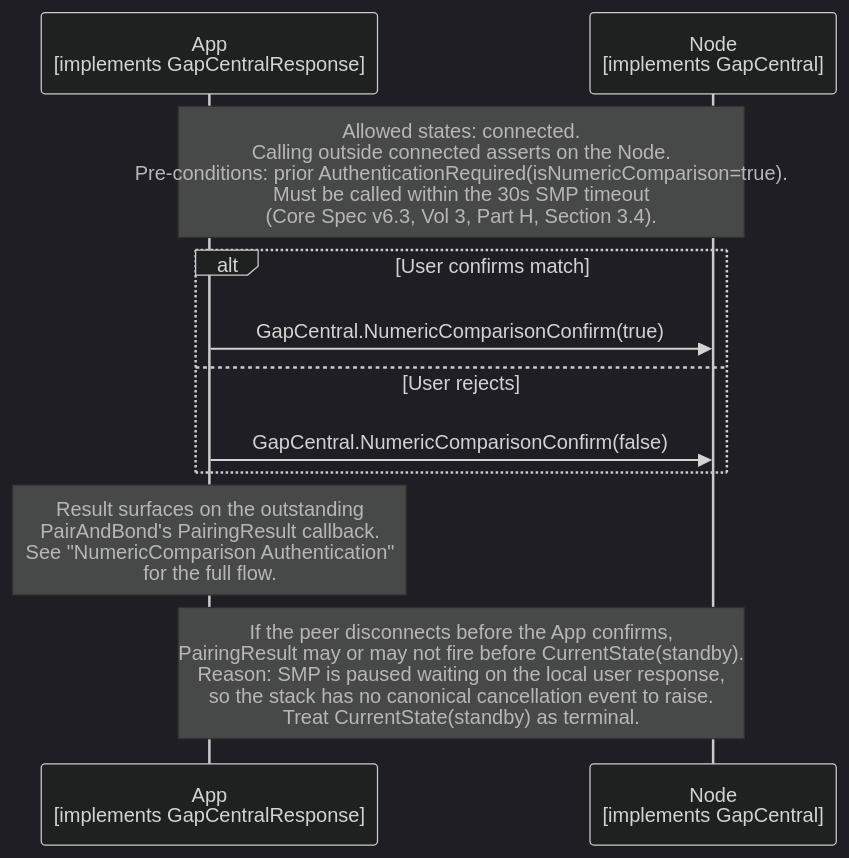
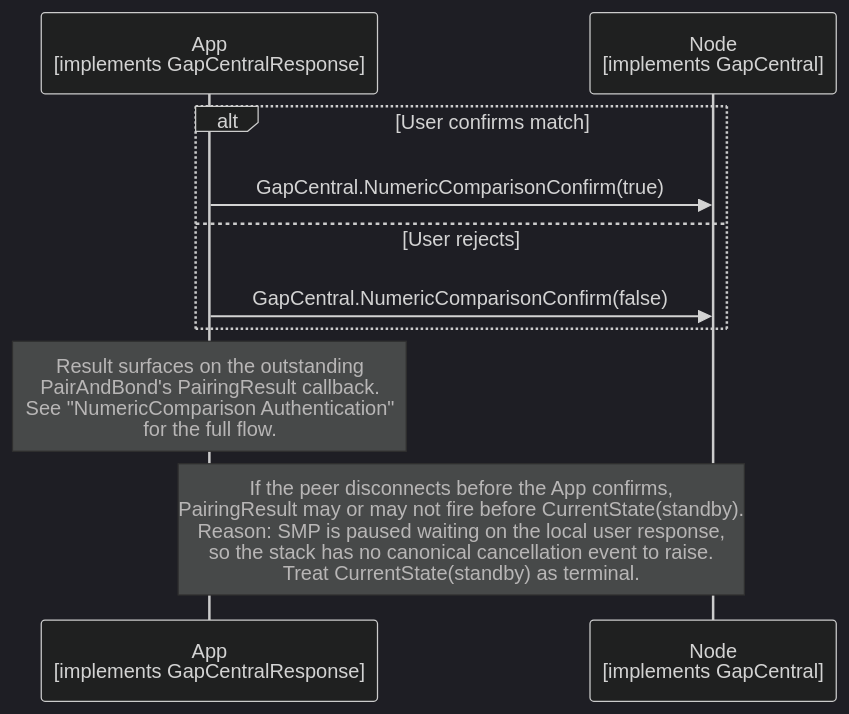
One commit to philips-software/amp-embedded-infra-lib changed the diagram in documents/modules/ROOT/partials/echoservices/gap_central/GapCentral_NumericComparisonConfirm_sequence.mmd. Above: the diagram before and after it, drawn with Mermaid (dark theme). The commit also changed 28 other files, not shown here.

```diff
--- a/documents/modules/ROOT/partials/echoservices/gap_central/GapCentral_NumericComparisonConfirm_sequence.mmd
+++ b/documents/modules/ROOT/partials/echoservices/gap_central/GapCentral_NumericComparisonConfirm_sequence.mmd
@@ -1,14 +1,12 @@
 sequenceDiagram
     participant App as App<br>[implements GapCentralResponse]
     participant Node as Node<br>[implements GapCentral]
-
-    Note over App, Node: Allowed states: connected.<br>Calling outside connected asserts on the Node.<br>Pre-conditions: prior AuthenticationRequired(isNumericComparison=true).<br>Must be called within the 30s SMP timeout<br>(Core Spec v6.3, Vol 3, Part H, Section 3.4).
 
     alt User confirms match
         App->>Node: GapCentral.NumericComparisonConfirm(true)
     else User rejects
         App->>Node: GapCentral.NumericComparisonConfirm(false)
     end
 
     Note over App: Result surfaces on the outstanding<br>PairAndBond's PairingResult callback.<br>See "NumericComparison Authentication"<br>for the full flow.
     Note over App, Node: If the peer disconnects before the App confirms,<br>PairingResult may or may not fire before CurrentState(standby).<br>Reason: SMP is paused waiting on the local user response,<br>so the stack has no canonical cancellation event to raise.<br>Treat CurrentState(standby) as terminal.
```
